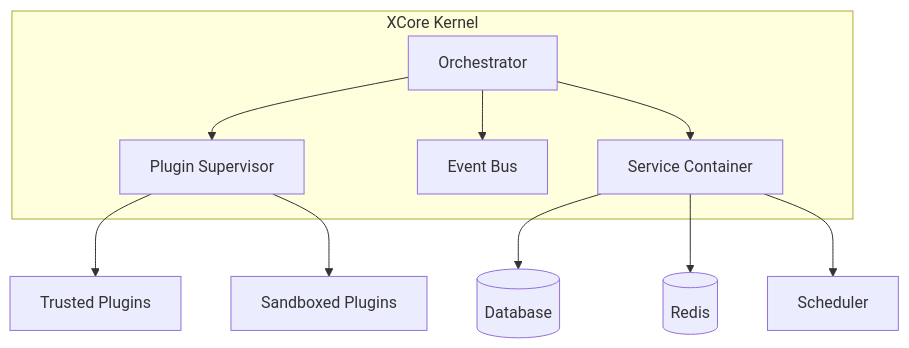
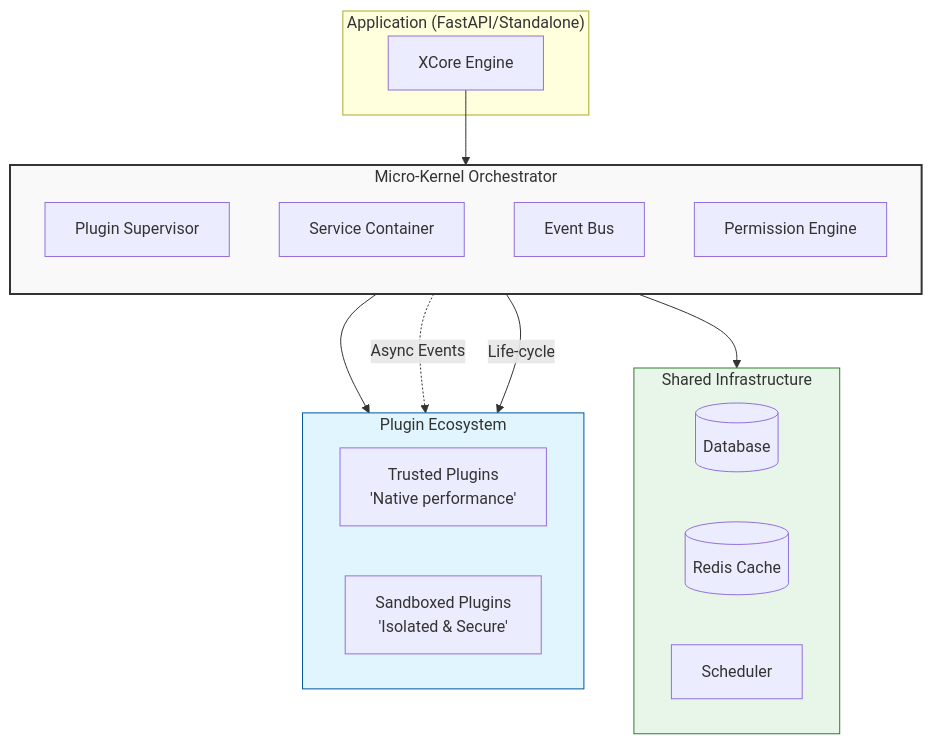
Before and after one commit to traoreera/xcore: the diagram in README.md, drawn with Mermaid. The commit also changed other lines of this file and 11 other files, not shown here.

````diff
--- a/README.md
+++ b/README.md
@@ -14,15 +31,36 @@
 ```mermaid
 flowchart TB
-    subgraph Core["XCore Kernel"]
-        X[Orchestrator] --> PS[Plugin Supervisor]
-        X --> EB[Event Bus]
-        X --> SC[Service Container]
+    subgraph App["Application (FastAPI/Standalone)"]
+        X[XCore Engine]
     end
-    
-    PS --> Trusted[Trusted Plugins]
-    PS --> Sandbox[Sandboxed Plugins]
-    
-    SC --> DB[(Database)]
-    SC --> RD[(Redis)]
-    SC --> SCH[Scheduler]
+
+    subgraph Kernel["Micro-Kernel Orchestrator"]
+        direction TB
+        PS[Plugin Supervisor]
+        SC[Service Container]
+        EB[Event Bus]
+        PE[Permission Engine]
+    end
+
+    subgraph Plugins["Plugin Ecosystem"]
+        direction LR
+        Trusted[Trusted Plugins<br/>'Native performance']
+        Sandbox[Sandboxed Plugins<br/>'Isolated & Secure']
+    end
+
+    subgraph Services["Shared Infrastructure"]
+        DB[(Database)]
+        RD[(Redis Cache)]
+        SCH[Scheduler]
+    end
+
+    X --> Kernel
+    Kernel --> Plugins
+    SC --> Services
+    EB -.->|Async Events| Plugins
+    PS -->|Life-cycle| Plugins
+
+    style Kernel fill:#f9f9f9,stroke:#333,stroke-width:2px
+    style Plugins fill:#e1f5fe,stroke:#01579b
+    style Services fill:#e8f5e9,stroke:#2e7d32
 ```
````
